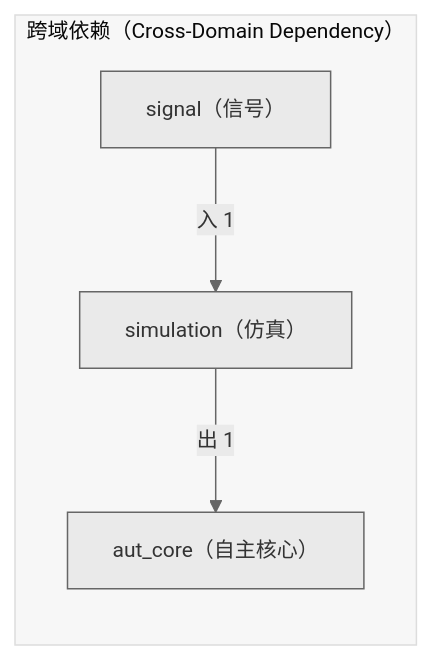
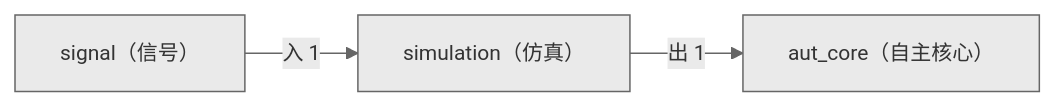
Before and after one commit to xuanFelixVan/ZephyrAlpha: the second of 2 diagrams in docs/02_enterprise_architecture/06_decision_architecture/12_decision_l2a_simulation.md, drawn with Mermaid. The commit also changed other lines of this file and 23 other files, not shown here.

First line of the commit message:
fix(decision-diagram): 去掉 subgraph + 加 secondaryColor 修复节点白色

````diff
--- a/docs/02_enterprise_architecture/06_decision_architecture/12_decision_l2a_simulation.md
+++ b/docs/02_enterprise_architecture/06_decision_architecture/12_decision_l2a_simulation.md
@@ -140,11 +140,9 @@
 ```mermaid
-%%{init: {'theme': 'base', 'themeVariables': {'primaryColor': '#eaeaea', 'primaryTextColor': '#333333', 'primaryBorderColor': '#666666', 'lineColor': '#666666', 'fontSize': '14px'}}}%%
+%%{init: {'theme': 'base', 'themeVariables': {'primaryColor': '#eaeaea', 'primaryTextColor': '#333333', 'primaryBorderColor': '#666666', 'lineColor': '#666666', 'secondaryColor': '#eaeaea', 'tertiaryColor': '#eaeaea', 'fontSize': '14px'}}}%%
 flowchart LR
-    subgraph cd_sg["跨域依赖（Cross-Domain Dependency）"]
-        SELF["simulation（仿真）"]
-        EXT_aut_core["aut_core（自主核心）"]
-        SELF -->|出 1| EXT_aut_core
-        EXT_signal["signal（信号）"]
-        EXT_signal -->|入 1| SELF
-    end
+    SELF["simulation（仿真）"]
+    EXT_aut_core["aut_core（自主核心）"]
+    SELF -->|出 1| EXT_aut_core
+    EXT_signal["signal（信号）"]
+    EXT_signal -->|入 1| SELF
 ```
````
